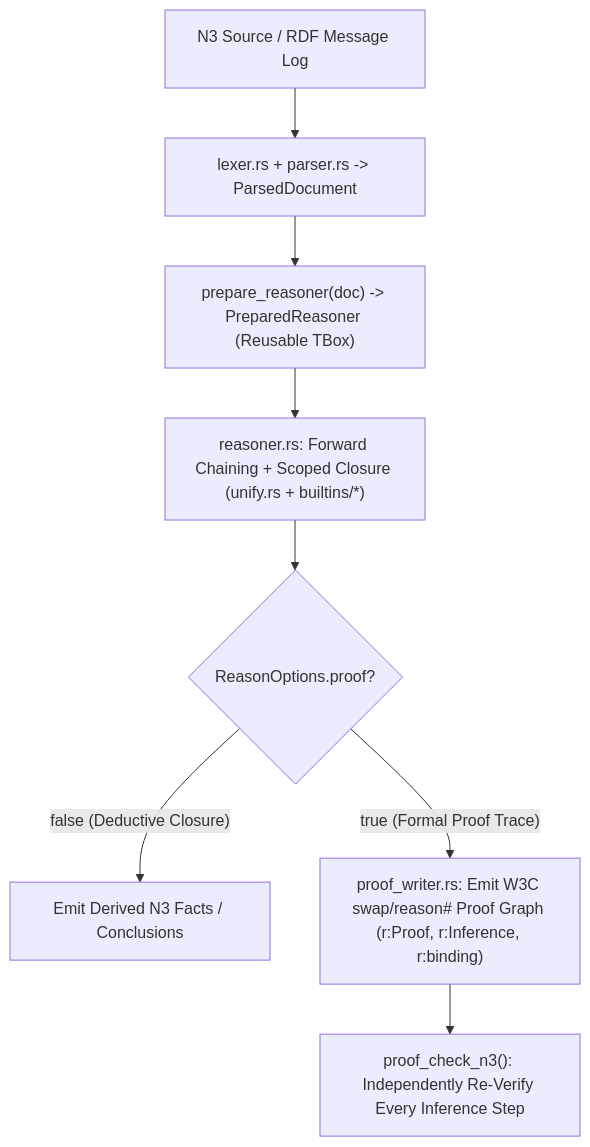
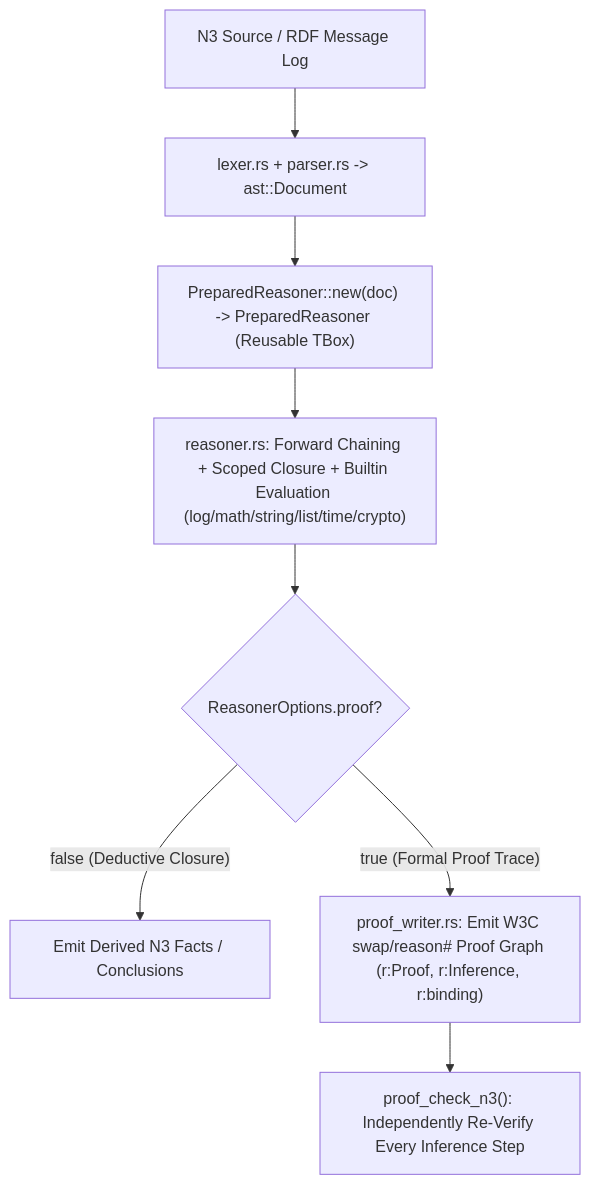
One commit to seanchatmangpt/graphlaw changed diagram 24 of 28 in docs/PHD_THESIS_GRAPHLAW_WASM_SQLRDF.md. Above: the diagram before and after it, drawn with Mermaid. The commit also changed other lines of this file and 2104 other files, not shown here.

````diff
--- a/docs/PHD_THESIS_GRAPHLAW_WASM_SQLRDF.md
+++ b/docs/PHD_THESIS_GRAPHLAW_WASM_SQLRDF.md
@@ -1377,10 +1376,10 @@
 ```mermaid
 flowchart TD
-    N3Source["N3 Source / RDF Message Log"] --> Parser["lexer.rs + parser.rs -> ParsedDocument"]
-    Parser --> Prepare["prepare_reasoner(doc) -> PreparedReasoner (Reusable TBox)"]
-    Prepare --> Run["reasoner.rs: Forward Chaining + Scoped Closure (unify.rs + builtins/*)"]
-    Run --> Mode{"ReasonOptions.proof?"}
+    N3Source["N3 Source / RDF Message Log"] --> Parser["lexer.rs + parser.rs -> ast::Document"]
+    Parser --> Prepare["PreparedReasoner::new(doc) -> PreparedReasoner (Reusable TBox)"]
+    Prepare --> Run["reasoner.rs: Forward Chaining + Scoped Closure + Builtin Evaluation (log/math/string/list/time/crypto)"]
+    Run --> Mode{"ReasonerOptions.proof?"}
     Mode -->|"false (Deductive Closure)"| Closure["Emit Derived N3 Facts / Conclusions"]
     Mode -->|"true (Formal Proof Trace)"| ProofWriter["proof_writer.rs: Emit W3C swap/reason# Proof Graph (r:Proof, r:Inference, r:binding)"]
     ProofWriter --> ProofCheck["proof_check_n3(): Independently Re-Verify Every Inference Step"]
 ```
````
